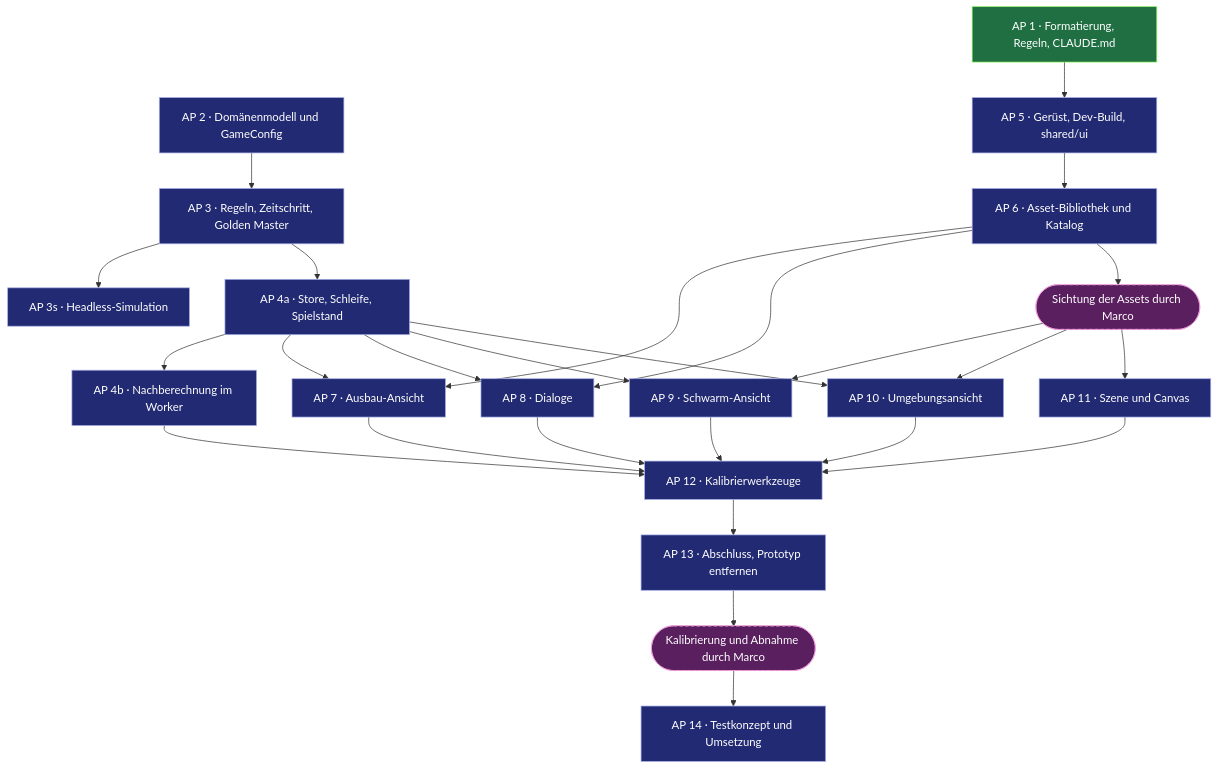
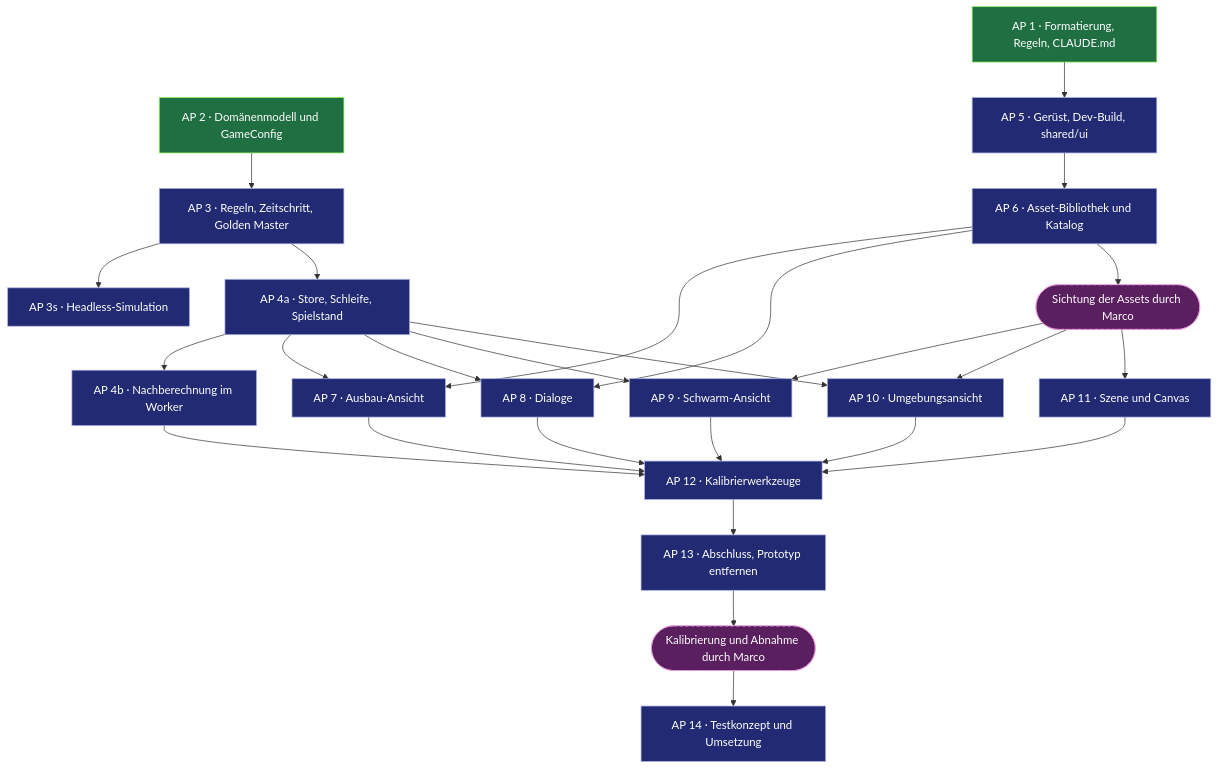
The diagram in docs/plan-angular-umbau.md (algoristic/IdleSwarm), drawn with Mermaid before and after one commit. The commit also changed other lines of this file and 2 other files, not shown here.

First line of the commit message:
docs: describe the game domain model and mark AP 2 as done

````diff
--- a/docs/plan-angular-umbau.md
+++ b/docs/plan-angular-umbau.md
@@ -9,56 +9,56 @@
 ```mermaid
 flowchart TD
   classDef done fill:#1f6f43,stroke:#8cf25a,color:#ffffff
   classDef active fill:#7a5a10,stroke:#f2c94c,color:#ffffff
   classDef open fill:#212a72,stroke:#a7aee8,color:#ffffff
   classDef user fill:#5a1f5f,stroke:#f29be0,color:#ffffff,stroke-dasharray:5 3
 
   AP1["AP 1 · Formatierung, Regeln, CLAUDE.md"]
   AP2["AP 2 · Domänenmodell und GameConfig"]
   AP3["AP 3 · Regeln, Zeitschritt, Golden Master"]
   AP3s["AP 3s · Headless-Simulation"]
   AP4a["AP 4a · Store, Schleife, Spielstand"]
   AP4b["AP 4b · Nachberechnung im Worker"]
   AP5["AP 5 · Gerüst, Dev-Build, shared/ui"]
   AP6["AP 6 · Asset-Bibliothek und Katalog"]
   AP7["AP 7 · Ausbau-Ansicht"]
   AP8["AP 8 · Dialoge"]
   S1(["Sichtung der Assets durch Marco"])
   AP9["AP 9 · Schwarm-Ansicht"]
   AP10["AP 10 · Umgebungsansicht"]
   AP11["AP 11 · Szene und Canvas"]
   AP12["AP 12 · Kalibrierwerkzeuge"]
   AP13["AP 13 · Abschluss, Prototyp entfernen"]
   S2(["Kalibrierung und Abnahme durch Marco"])
   AP14["AP 14 · Testkonzept und Umsetzung"]
 
   AP1 --> AP5
   AP2 --> AP3
   AP3 --> AP3s
   AP3 --> AP4a
   AP4a --> AP4b
   AP5 --> AP6
   AP6 --> AP7
   AP6 --> AP8
   AP6 --> S1
   AP4a --> AP7
   AP4a --> AP8
   S1 --> AP9
   S1 --> AP10
   S1 --> AP11
   AP4a --> AP9
   AP4a --> AP10
   AP4b --> AP12
   AP7 --> AP12
   AP8 --> AP12
   AP9 --> AP12
   AP10 --> AP12
   AP11 --> AP12
   AP12 --> AP13
   AP13 --> S2
   S2 --> AP14
 
-  class AP1 done
-  class AP2,AP3,AP3s,AP4a,AP4b,AP5,AP6,AP7,AP8,AP9,AP10,AP11,AP12,AP13,AP14 open
+  class AP1,AP2 done
+  class AP3,AP3s,AP4a,AP4b,AP5,AP6,AP7,AP8,AP9,AP10,AP11,AP12,AP13,AP14 open
   class S1,S2 user
 ```
````
